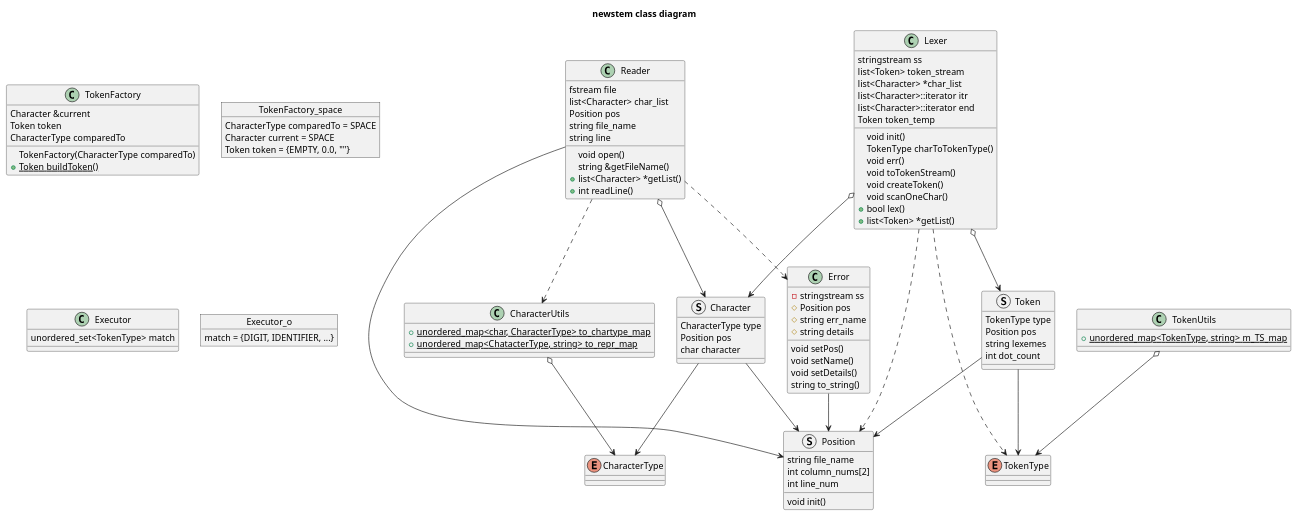
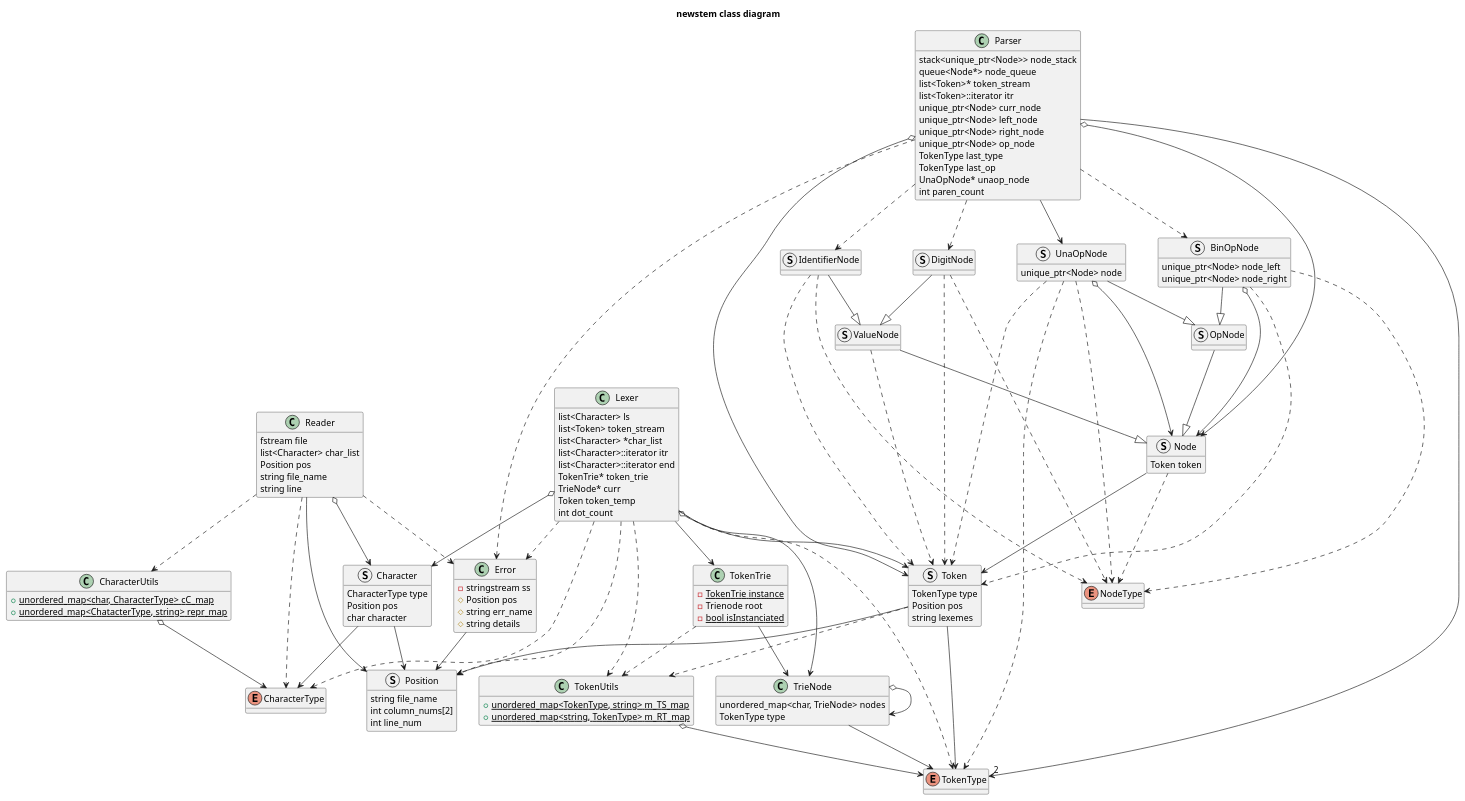
Before and after one commit to CSaintos/Mua: the diagram in .devcontainer/stem.md, drawn with PlantUML. The commit also changed other lines of this file and 3 other files, not shown here.

Commit message:
Stem class diagram update

````diff
--- a/.devcontainer/stem.md
+++ b/.devcontainer/stem.md
@@ -200,7 +3,9 @@
 ```plantuml
-@startuml newstem class diagram
+@startuml stem class diagram
 'https://plantuml.com/class-diagram
 title newstem class diagram
+
+hide methods
 
 struct Position {
 string file_name
@@ -210,8 +15,8 @@
 }
 enum CharacterType
 class CharacterUtils {
-+{static} unordered_map<char, CharacterType> to_chartype_map
-+{static} unordered_map<ChatacterType, string> to_repr_map
++{static} unordered_map<char, CharacterType> cC_map
++{static} unordered_map<ChatacterType, string> repr_map
 }
 CharacterUtils o--> CharacterType
 struct Character {
@@ -227,26 +32,24 @@
 Position pos
 string file_name
 string line
-void open()
-string &getFileName()
-+list<Character> *getList()
-+int readLine()
 }
 Reader o--> Character
 Reader --> Position
 Reader ..> CharacterUtils
 Reader ..> Error
+Reader ..> CharacterType
 enum TokenType
 struct Token {
 TokenType type
 Position pos
 string lexemes
-int dot_count
 }
 Token --> TokenType
 Token --> Position
+Token ..> TokenUtils
 class TokenUtils {
 +{static} unordered_map<TokenType, string> m_TS_map
++{static} unordered_map<string, TokenType> m_RT_map
 }
 TokenUtils o--> TokenType
 class Error {
@@ -254,49 +57,97 @@
 #Position pos
 #string err_name
 #string details
-void setPos()
-void setName()
-void setDetails()
-string to_string()
 }
 Error --> Position
+class TrieNode {
+unordered_map<char, TrieNode> nodes
+TokenType type
+}
+TrieNode o--> TrieNode
+TrieNode --> TokenType
+class TokenTrie {
+-{static} TokenTrie instance
+-Trienode root
+-{static} bool isInstanciated
+}
+TokenTrie --> TrieNode
+TokenTrie ..> TokenUtils
 class Lexer {
-stringstream ss
+list<Character> ls
 list<Token> token_stream
 list<Character> *char_list
 list<Character>::iterator itr
 list<Character>::iterator end
+TokenTrie* token_trie
+TrieNode* curr
 Token token_temp
-void init()
-TokenType charToTokenType()
-void err()
-void toTokenStream()
-void createToken()
-void scanOneChar()
-+bool lex()
-+list<Token> *getList()
+int dot_count
 }
+Lexer ..> Error
 Lexer o--> Token
 Lexer o--> Character
+Lexer ..> CharacterType
 Lexer ..> Position
 Lexer ..> TokenType
-class TokenFactory {
-Character &current
+Lexer ..> TokenUtils
+Lexer --> TrieNode
+Lexer --> TokenTrie
+enum NodeType
+struct Node {
 Token token
-CharacterType comparedTo
-TokenFactory(CharacterType comparedTo)
-+{static}Token buildToken()
 }
-object TokenFactory_space {
-CharacterType comparedTo = SPACE
-Character current = SPACE
-Token token = {EMPTY, 0.0, ""}
+Node --> Token
+Node ..> NodeType
+struct ValueNode
+ValueNode --|> Node
+ValueNode ..> Token
+struct IdentifierNode
+IdentifierNode --|> ValueNode
+IdentifierNode ..> Token
+IdentifierNode ..> NodeType
+struct DigitNode
+DigitNode --|> ValueNode
+DigitNode ..> Token
+DigitNode ..> NodeType
+struct OpNode
+OpNode --|> Node
+struct BinOpNode {
+unique_ptr<Node> node_left
+unique_ptr<Node> node_right
 }
-class Executor {
-unordered_set<TokenType> match
+BinOpNode --|> OpNode
+BinOpNode o--> Node
+BinOpNode ..> NodeType
+BinOpNode ..> Token
+struct UnaOpNode {
+unique_ptr<Node> node
 }
-object Executor_o {
-match = {DIGIT, IDENTIFIER, ...}
+UnaOpNode --|> OpNode
+UnaOpNode o--> Node
+UnaOpNode ..> NodeType
+UnaOpNode ..> Token
+UnaOpNode ..> TokenType
+class Parser {
+stack<unique_ptr<Node>> node_stack
+queue<Node*> node_queue
+list<Token>* token_stream
+list<Token>::iterator itr
+unique_ptr<Node> curr_node
+unique_ptr<Node> left_node
+unique_ptr<Node> right_node
+unique_ptr<Node> op_node
+TokenType last_type
+TokenType last_op
+UnaOpNode* unaop_node
+int paren_count
 }
+Parser o--> Node
+Parser o--> Token
+Parser --> "2" TokenType
+Parser --> UnaOpNode
+Parser ..> Error
+Parser ..> BinOpNode
+Parser ..> DigitNode
+Parser ..> IdentifierNode
 
 ```
````
